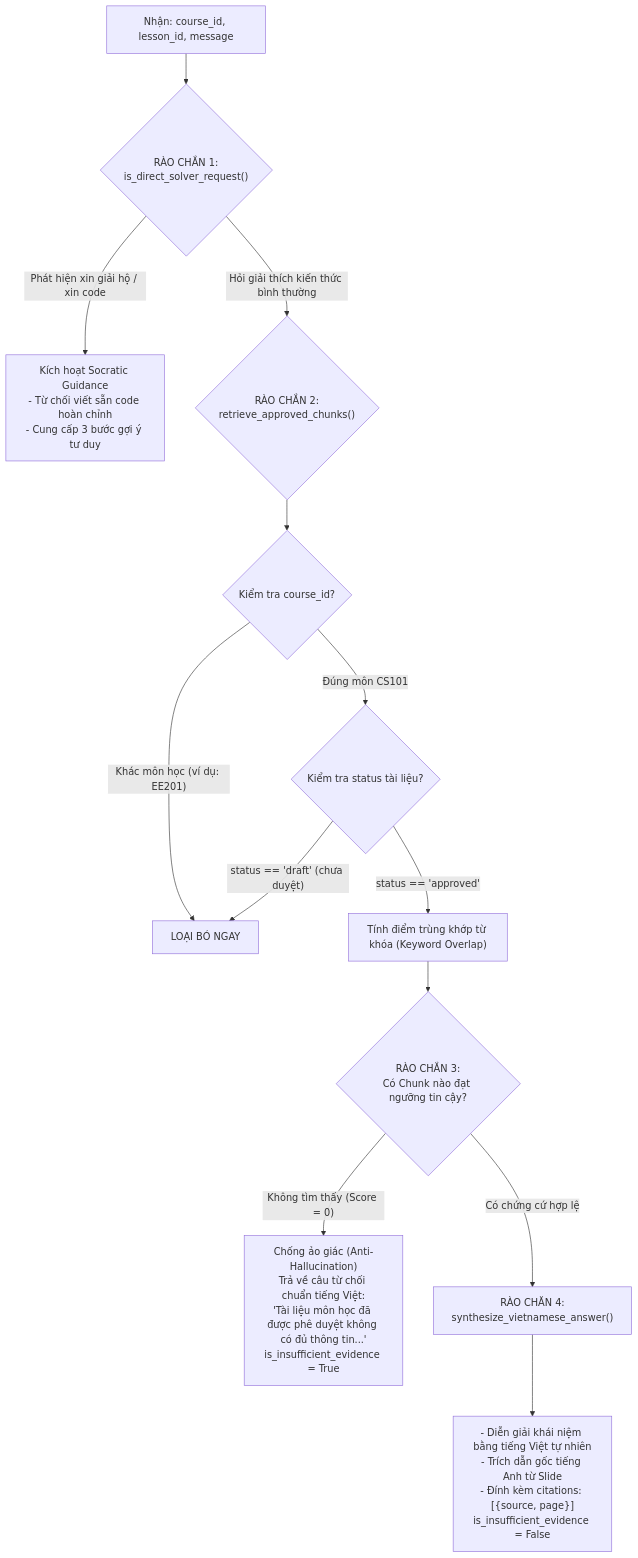
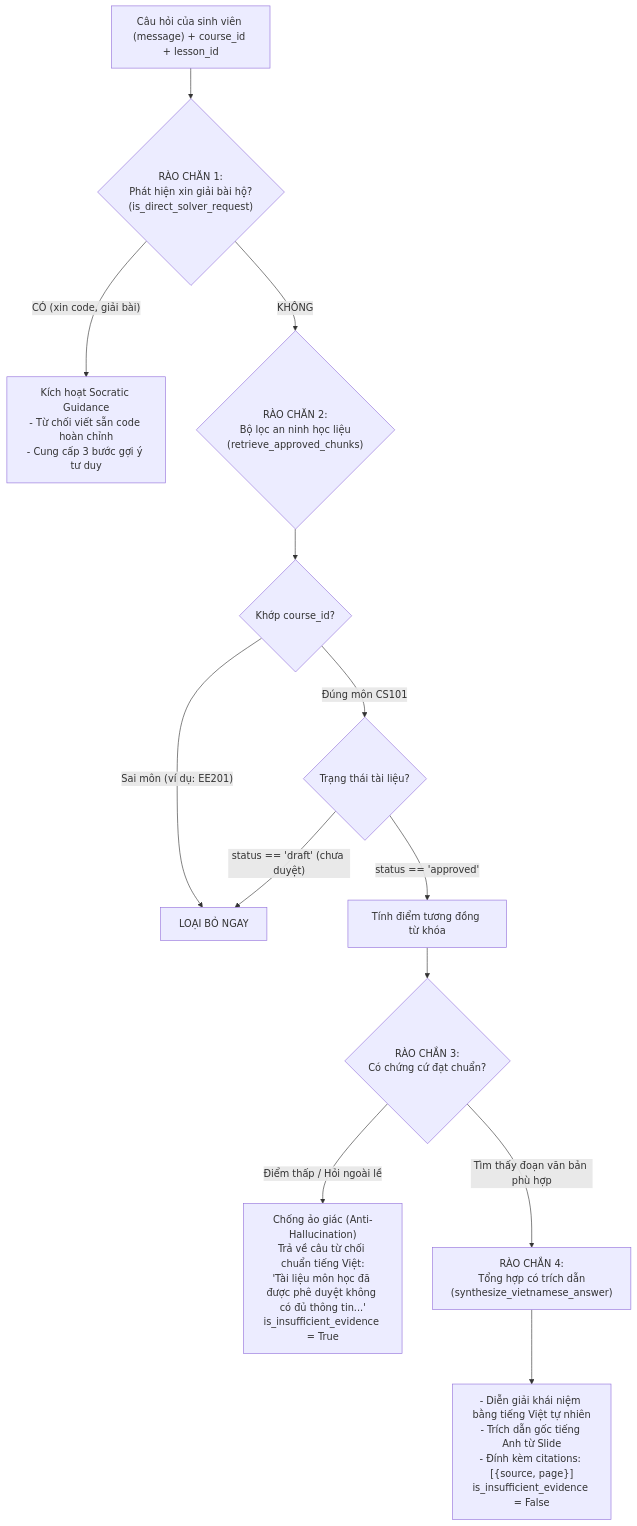
Before and after one commit to ngatt-17/Learning_Teaching: the third of 3 diagrams in rag/BAO_CAO_LUONG_VA_LOGIC.md, drawn with Mermaid. The commit also changed other lines of this file, not shown here.

Commit message:
docs(ai): update comprehensive logic and flow report for Team 3

````diff
--- a/rag/BAO_CAO_LUONG_VA_LOGIC.md
+++ b/rag/BAO_CAO_LUONG_VA_LOGIC.md
@@ -51,21 +120,21 @@
 ```mermaid
 flowchart TD
-    START["Nhận: course_id, lesson_id, message"] --> G1{"RÀO CHẮN 1:\nis_direct_solver_request()"}
+    INPUT["Câu hỏi của sinh viên (message) + course_id + lesson_id"] --> R1{"RÀO CHẮN 1:\nPhát hiện xin giải bài hộ?\n(is_direct_solver_request)"}
     
-    G1 -- "Phát hiện xin giải hộ / xin code" --> A1["Kích hoạt Socratic Guidance\n- Từ chối viết sẵn code hoàn chỉnh\n- Cung cấp 3 bước gợi ý tư duy"]
+    R1 -- "CÓ (xin code, giải bài)" --> OUT_SOCRATIC["Kích hoạt Socratic Guidance\n- Từ chối viết sẵn code hoàn chỉnh\n- Cung cấp 3 bước gợi ý tư duy"]
     
-    G1 -- "Hỏi giải thích kiến thức bình thường" --> G2{"RÀO CHẮN 2:\nretrieve_approved_chunks()"}
+    R1 -- "KHÔNG" --> R2{"RÀO CHẮN 2:\nBộ lọc an ninh học liệu\n(retrieve_approved_chunks)"}
     
-    G2 --> CHECK_COURSE{"Kiểm tra course_id?"}
-    CHECK_COURSE -- "Khác môn học (ví dụ: EE201)" --> DROP_MAT["LOẠI BỎ NGAY"]
-    CHECK_COURSE -- "Đúng môn CS101" --> CHECK_STATUS{"Kiểm tra status tài liệu?"}
+    R2 --> CHECK_COURSE{"Khớp course_id?"}
+    CHECK_COURSE -- "Sai môn (ví dụ: EE201)" --> DROP["LOẠI BỎ NGAY"]
+    CHECK_COURSE -- "Đúng môn CS101" --> CHECK_STATUS{"Trạng thái tài liệu?"}
     
-    CHECK_STATUS -- "status == 'draft' (chưa duyệt)" --> DROP_MAT
-    CHECK_STATUS -- "status == 'approved'" --> CALC_SCORE["Tính điểm trùng khớp từ khóa (Keyword Overlap)"]
+    CHECK_STATUS -- "status == 'draft' (chưa duyệt)" --> DROP
+    CHECK_STATUS -- "status == 'approved'" --> SCORE["Tính điểm tương đồng từ khóa"]
     
-    CALC_SCORE --> G3{"RÀO CHẮN 3:\nCó Chunk nào đạt ngưỡng tin cậy?"}
-    G3 -- "Không tìm thấy (Score = 0)" --> A2["Chống ảo giác (Anti-Hallucination)\nTrả về câu từ chối chuẩn tiếng Việt:\n'Tài liệu môn học đã được phê duyệt không có đủ thông tin...'\nis_insufficient_evidence = True"]
+    SCORE --> R3{"RÀO CHẮN 3:\nCó chứng cứ đạt chuẩn?"}
+    R3 -- "Điểm thấp / Hỏi ngoài lề" --> OUT_REFUSE["Chống ảo giác (Anti-Hallucination)\nTrả về câu từ chối chuẩn tiếng Việt:\n'Tài liệu môn học đã được phê duyệt không có đủ thông tin...'\nis_insufficient_evidence = True"]
     
-    G3 -- "Có chứng cứ hợp lệ" --> G4["RÀO CHẮN 4:\nsynthesize_vietnamese_answer()"]
-    G4 --> A3["- Diễn giải khái niệm bằng tiếng Việt tự nhiên\n- Trích dẫn gốc tiếng Anh từ Slide\n- Đính kèm citations: [{source, page}]\nis_insufficient_evidence = False"]
+    R3 -- "Tìm thấy đoạn văn bản phù hợp" --> R4["RÀO CHẮN 4:\nTổng hợp có trích dẫn\n(synthesize_vietnamese_answer)"]
+    R4 --> OUT_SUCCESS["- Diễn giải khái niệm bằng tiếng Việt tự nhiên\n- Trích dẫn gốc tiếng Anh từ Slide\n- Đính kèm citations: [{source, page}]\nis_insufficient_evidence = False"]
 ```
````
